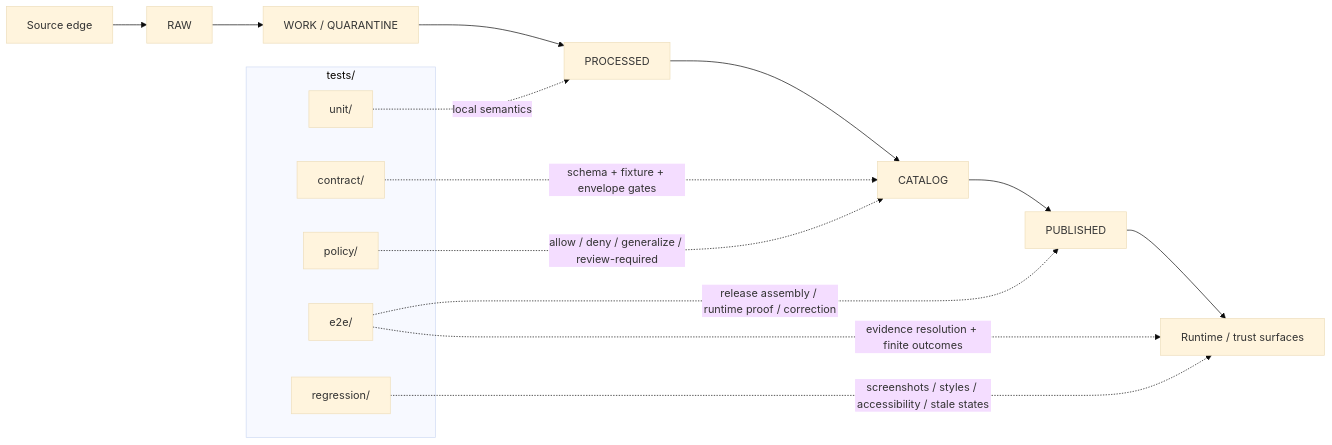
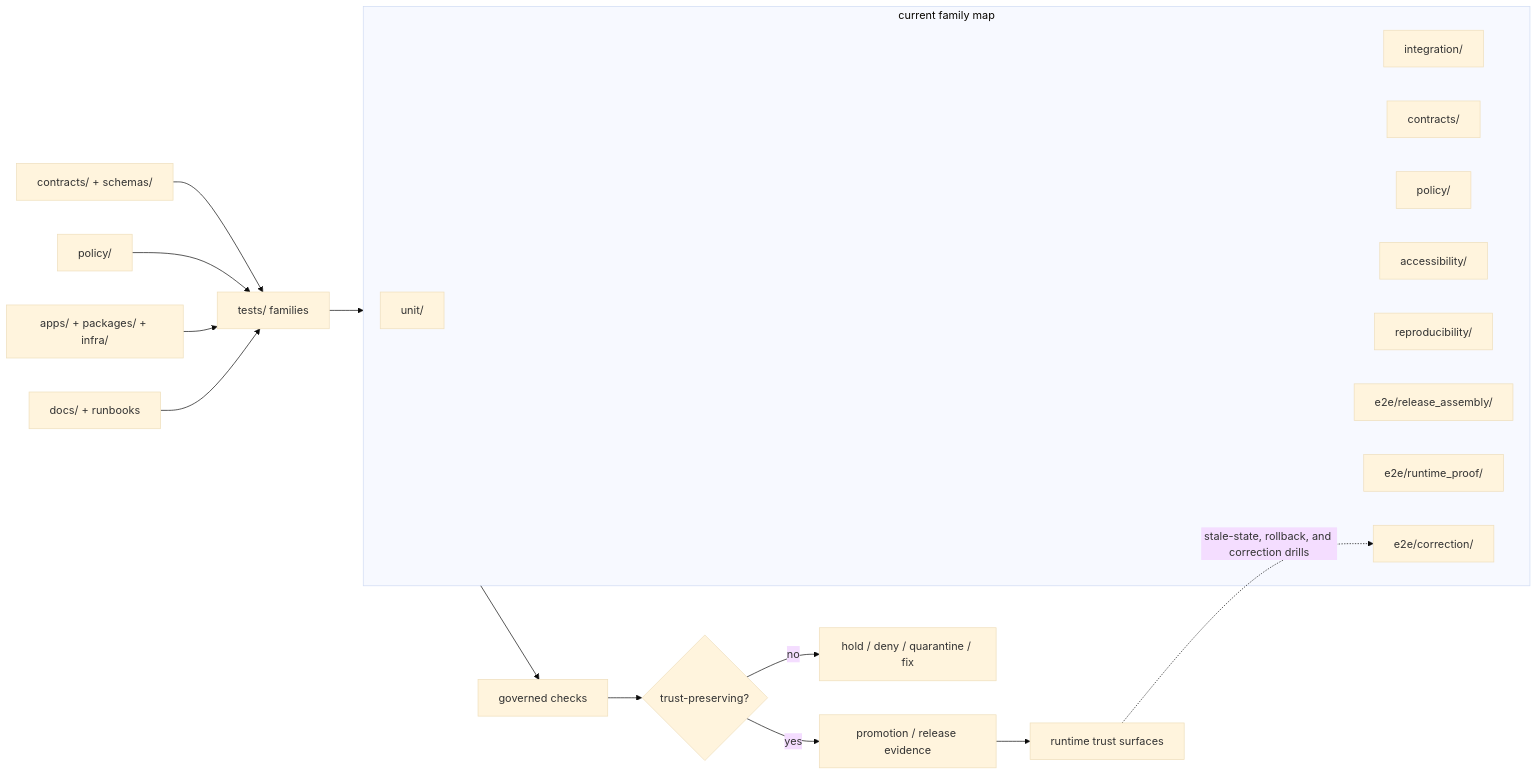
One commit to bartytime4life/Kansas-Frontier-Matrix changed the diagram in tests/README.md. Above: the diagram before and after it, drawn with Mermaid (base theme). The commit also changed other lines of this file, not shown here.

First line of the commit message:
Revise tests/README.md for clarity and updates

````diff
--- a/tests/README.md
+++ b/tests/README.md
@@ -252,24 +297,29 @@
 ```mermaid
 flowchart LR
-    SE["Source edge"] --> RAW["RAW"]
-    RAW --> WQ["WORK / QUARANTINE"]
-    WQ --> PROC["PROCESSED"]
-    PROC --> CAT["CATALOG"]
-    CAT --> PUB["PUBLISHED"]
-    PUB --> RT["Runtime / trust surfaces"]
+    C["contracts/ + schemas/"] --> T["tests/ families"]
+    P["policy/"] --> T
+    A["apps/ + packages/ + infra/"] --> T
+    D["docs/ + runbooks"] --> T
 
-    subgraph T["tests/"]
+    subgraph F["current family map"]
       U["unit/"]
-      C["contract/"]
-      P["policy/"]
-      E["e2e/"]
-      R["regression/"]
+      I["integration/"]
+      K["contracts/"]
+      PO["policy/"]
+      AX["accessibility/"]
+      R["reproducibility/"]
+      E["e2e/release_assembly/"]
+      RP["e2e/runtime_proof/"]
+      CO["e2e/correction/"]
     end
 
-    U -. local semantics .-> PROC
-    C -. schema + fixture + envelope gates .-> CAT
-    P -. allow / deny / generalize / review-required .-> CAT
-    E -. release assembly / runtime proof / correction .-> PUB
-    E -. evidence resolution + finite outcomes .-> RT
-    R -. screenshots / styles / accessibility / stale states .-> RT
+    T --> F
+    F --> G["governed checks"]
+    G --> Q{"trust-preserving?"}
+
+    Q -->|no| H["hold / deny / quarantine / fix"]
+    Q -->|yes| PR["promotion / release evidence"]
+    PR --> RT["runtime trust surfaces"]
+
+    RT -. stale-state, rollback, and correction drills .-> CO
 ```
````
